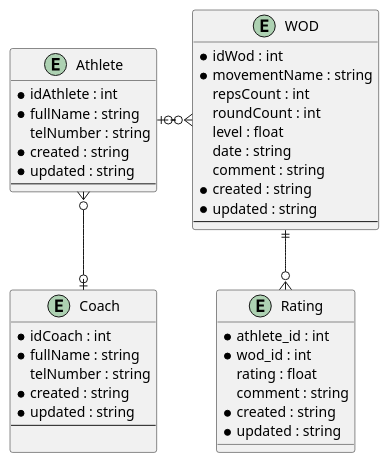
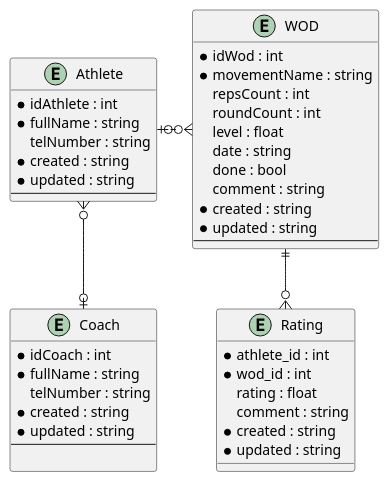
Before and after one commit to SaLuX8/UI-programming: the second of 2 diagrams in Specs/Specs.md, drawn with PlantUML. The commit also changed other lines of this file, not shown here.

````diff
--- a/Specs/Specs.md
+++ b/Specs/Specs.md
@@ -49,44 +49,45 @@
 ```plantuml
 entity Coach {
     * idCoach : int
     * fullName : string
     telNumber : string
     * created : string
     * updated : string
     --
     
 }
 entity Athlete {
     * idAthlete : int
     * fullName : string
     telNumber : string
     * created : string
     * updated : string
     --
 }
 entity WOD {
     * idWod : int
     * movementName : string
     repsCount : int
     roundCount : int
     level : float
     date : string
+    done : bool
     comment : string
     * created : string
     * updated : string
     --
 }
 entity Rating {
     * athlete_id : int
     * wod_id : int
     rating : float
     comment : string
     * created : string
     * updated : string
 }
 
 Athlete }o--o| Coach
 WOD }o-left-o| Athlete
 WOD ||--o{ Rating
 
 ```
````
